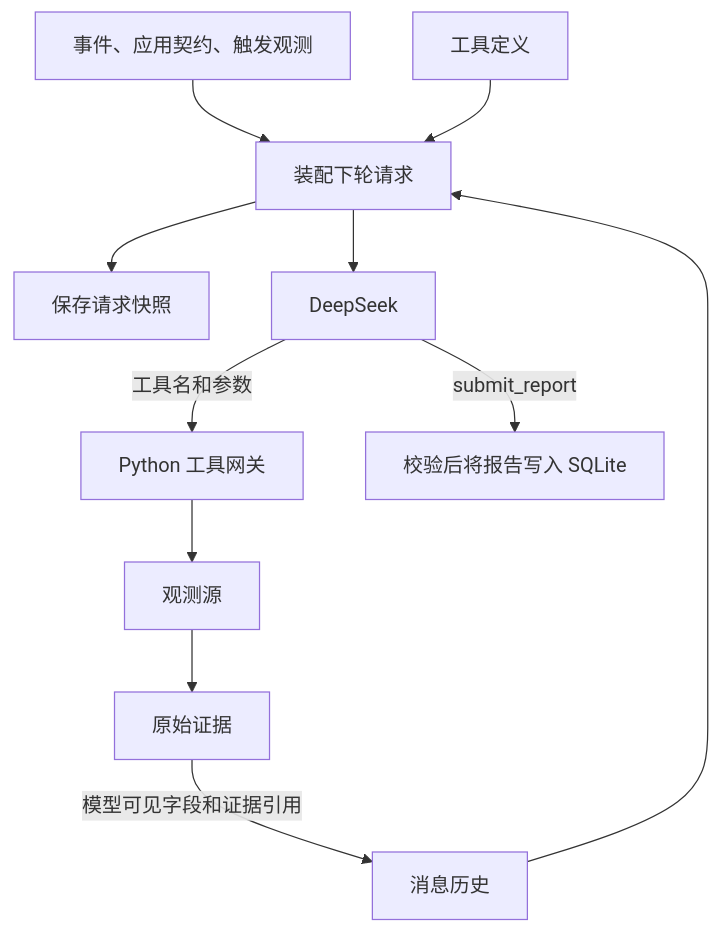
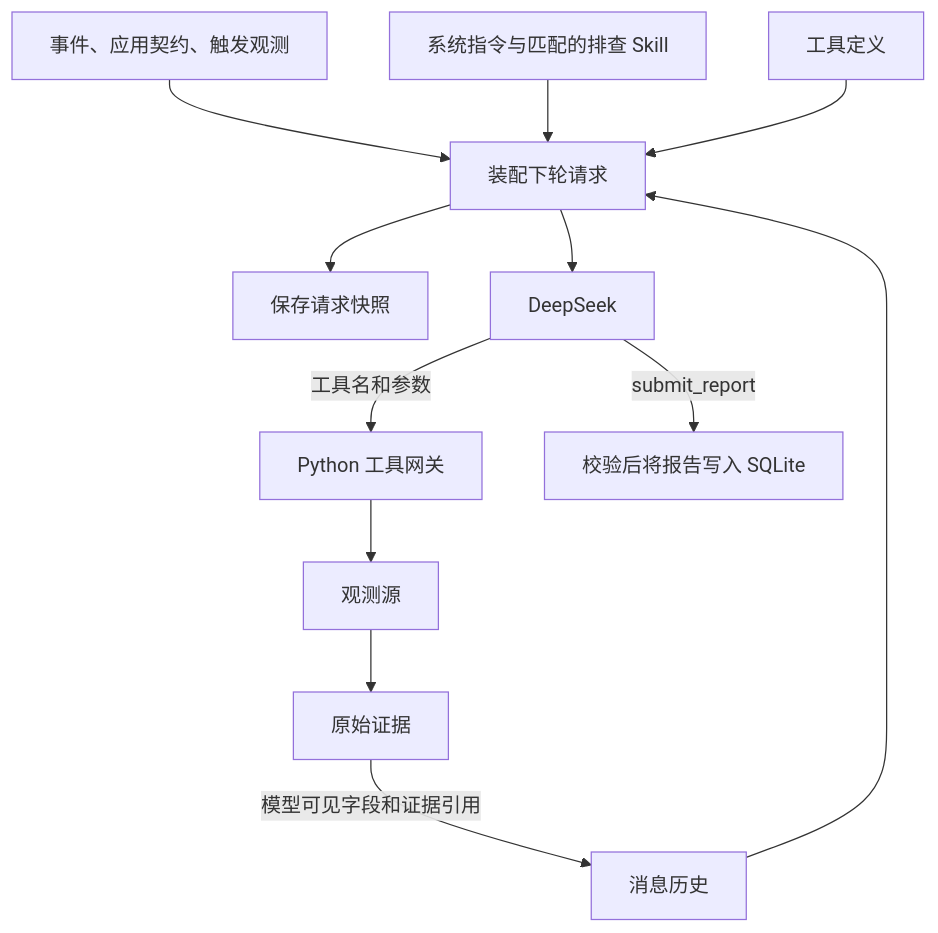
One commit to yishian6/RobotOps changed the diagram in doc/RobotOps_上下文管理.md. Above: the diagram before and after it, drawn with Mermaid. The commit also changed other lines of this file and 18 other files, not shown here.

````diff
--- a/doc/RobotOps_上下文管理.md
+++ b/doc/RobotOps_上下文管理.md
@@ -13,13 +13,14 @@
 ```mermaid
 flowchart TD
     I["事件、应用契约、触发观测"] --> A["装配下轮请求"]
+    K["系统指令与匹配的排查 Skill"] --> A
     T["工具定义"] --> A
     A --> S["保存请求快照"]
     A --> M["DeepSeek"]
     M -->|"工具名和参数"| G["Python 工具网关"]
     G --> O["观测源"]
     O --> E["原始证据"]
     E -->|"模型可见字段和证据引用"| H["消息历史"]
     H --> A
     M -->|"submit_report"| R["校验后将报告写入 SQLite"]
 ```
````
